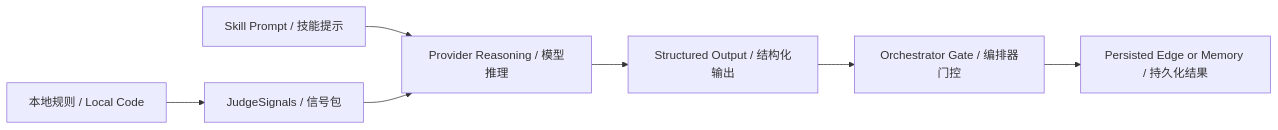
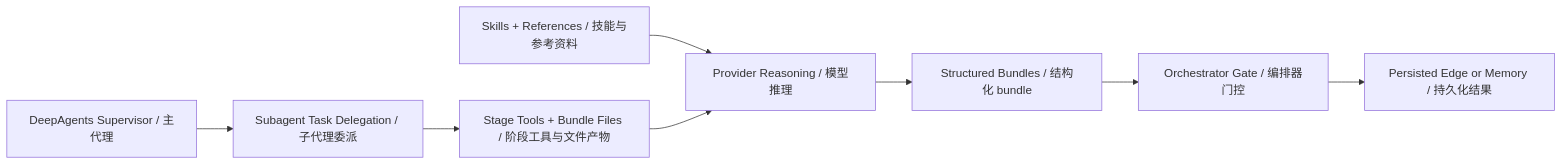
Before and after one commit to DocuMind-Team/gl-hnsw: diagram 12 of 14 in docs/agent-runtime.md, drawn with Mermaid. The commit also changed other lines of this file and 1 other file, not shown here.

````diff
--- a/docs/agent-runtime.md
+++ b/docs/agent-runtime.md
@@ -779,9 +780,10 @@
 ```mermaid
 flowchart LR
-    A["本地规则 / Local Code"] --> B["JudgeSignals / 信号包"]
-    C["Skill Prompt / 技能提示"] --> D["Provider Reasoning / 模型推理"]
-    B --> D
-    D --> E["Structured Output / 结构化输出"]
-    E --> F["Orchestrator Gate / 编排器门控"]
-    F --> G["Persisted Edge or Memory / 持久化结果"]
+    A["DeepAgents Supervisor / 主代理"] --> B["Subagent Task Delegation / 子代理委派"]
+    B --> C["Stage Tools + Bundle Files / 阶段工具与文件产物"]
+    D["Skills + References / 技能与参考资料"] --> E["Provider Reasoning / 模型推理"]
+    C --> E
+    E --> F["Structured Bundles / 结构化 bundle"]
+    F --> G["Orchestrator Gate / 编排器门控"]
+    G --> H["Persisted Edge or Memory / 持久化结果"]
 ```
````
